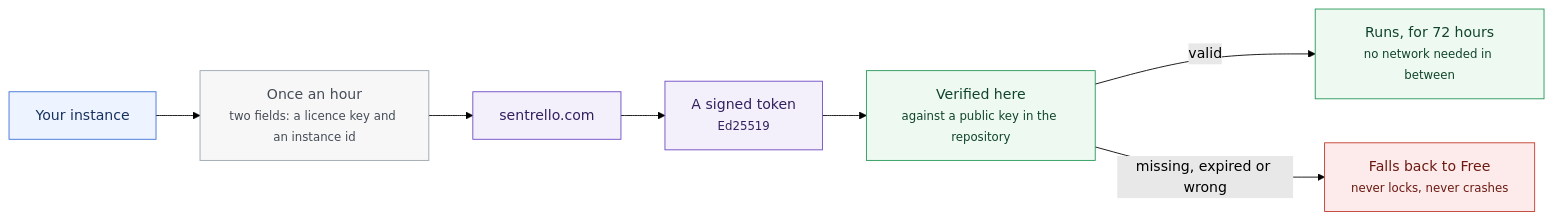
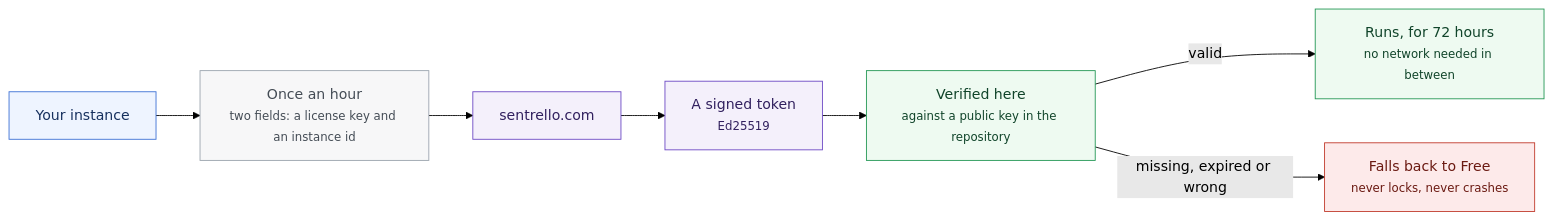
One commit to Sentrello/Sentrello changed the diagram in docs/site/03-platform/04-security.md. Above: the diagram before and after it, drawn with Mermaid (forest theme). The commit also changed other lines of this file and 77 other files, not shown here.

````diff
--- a/docs/site/03-platform/04-security.md
+++ b/docs/site/03-platform/04-security.md
@@ -27,19 +27,19 @@
 ```mermaid
 flowchart LR
   classDef screen fill:#eef4ff,stroke:#3b6fd4,color:#16305e
   classDef own fill:#eefaf1,stroke:#219653,color:#10442a
   classDef out fill:#f4f0fb,stroke:#6b47c4,color:#31205e
   classDef gate fill:#fdeaea,stroke:#c0392b,color:#6b1a12
   classDef aside fill:#f7f7f8,stroke:#9aa3ad,color:#444c55
   INST["Your instance"]:::screen
-  REQ["Once an hour<br/><small>two fields: a licence key and an instance id</small>"]:::aside
+  REQ["Once an hour<br/><small>two fields: a license key and an instance id</small>"]:::aside
   CP["sentrello.com"]:::out
   TOK["A signed token<br/><small>Ed25519</small>"]:::out
   VER["Verified here<br/><small>against a public key in the repository</small>"]:::own
   OK["Runs, for 72 hours<br/><small>no network needed in between</small>"]:::own
   FREE["Falls back to Free<br/><small>never locks, never crashes</small>"]:::gate
 
   INST --> REQ --> CP --> TOK --> VER
   VER -->|"valid"| OK
   VER -->|"missing, expired or wrong"| FREE
 ```
````
